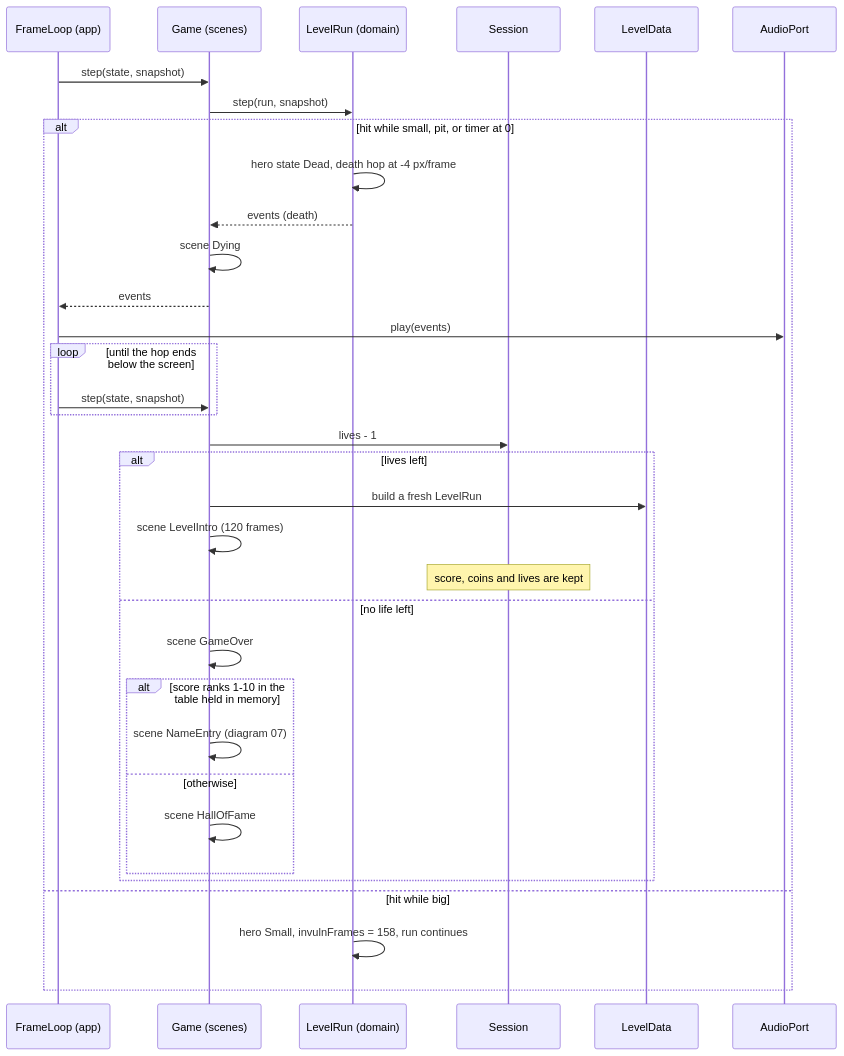
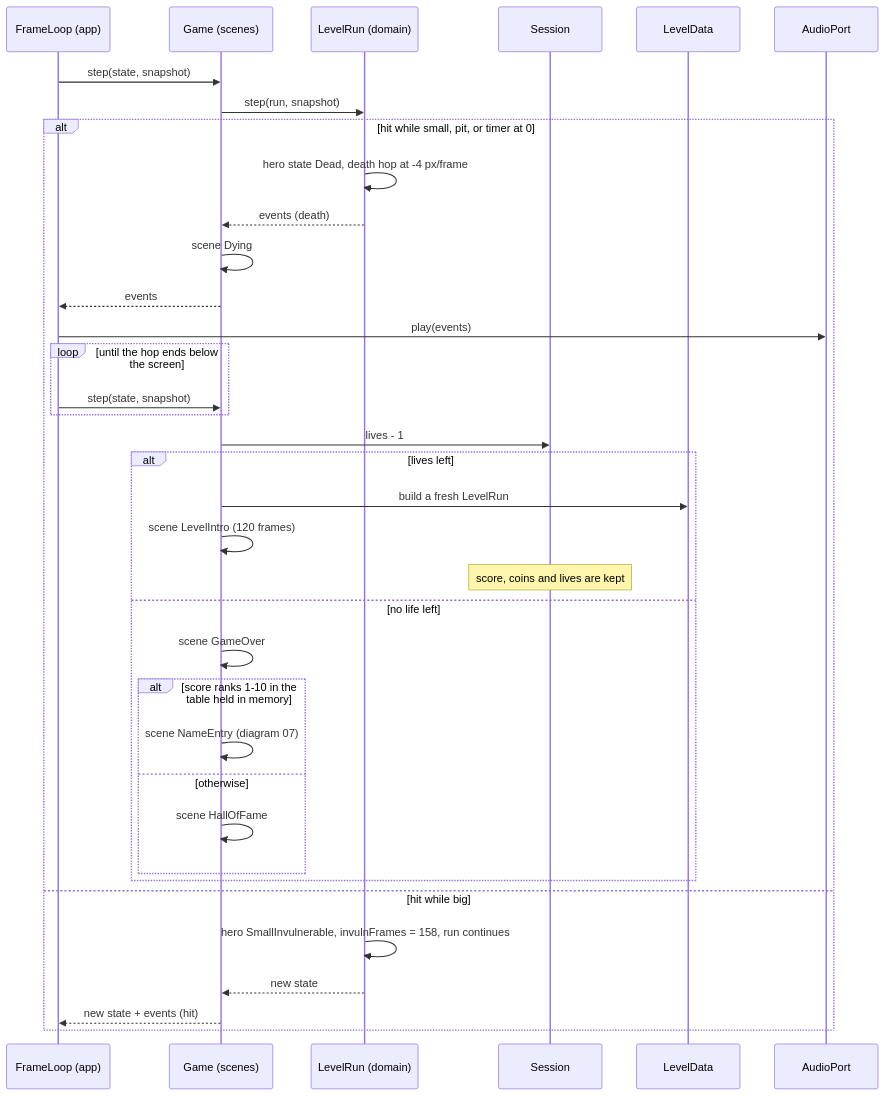
Before and after one commit to benoit-bremaud/retro-plumber: the diagram in docs/architecture/diagrams/gameplay/13-sequence-death-retry.md, drawn with Mermaid. The commit also changed 2 other files, not shown here.

Commit message:
docs(uml): address seventh Codex review on sequences 11, 12, 13 (#7)

````diff
--- a/docs/architecture/diagrams/gameplay/13-sequence-death-retry.md
+++ b/docs/architecture/diagrams/gameplay/13-sequence-death-retry.md
@@ -13,36 +13,38 @@
 ```mermaid
 sequenceDiagram
     participant FL as FrameLoop (app)
     participant G as Game (scenes)
     participant LR as LevelRun (domain)
     participant Sess as Session
     participant LD as LevelData
     participant Snd as AudioPort
     FL->>G: step(state, snapshot)
     G->>LR: step(run, snapshot)
     alt hit while small, pit, or timer at 0
         LR->>LR: hero state Dead, death hop at -4 px/frame
         LR-->>G: events (death)
         G->>G: scene Dying
         G-->>FL: events
         FL->>Snd: play(events)
         loop until the hop ends below the screen
             FL->>G: step(state, snapshot)
         end
         G->>Sess: lives - 1
         alt lives left
             G->>LD: build a fresh LevelRun
             G->>G: scene LevelIntro (120 frames)
             Note over Sess: score, coins and lives are kept
         else no life left
             G->>G: scene GameOver
             alt score ranks 1-10 in the table held in memory
                 G->>G: scene NameEntry (diagram 07)
             else otherwise
                 G->>G: scene HallOfFame
             end
         end
     else hit while big
-        LR->>LR: hero Small, invulnFrames = 158, run continues
+        LR->>LR: hero SmallInvulnerable, invulnFrames = 158, run continues
+        LR-->>G: new state
+        G-->>FL: new state + events (hit)
     end
 ```
````
